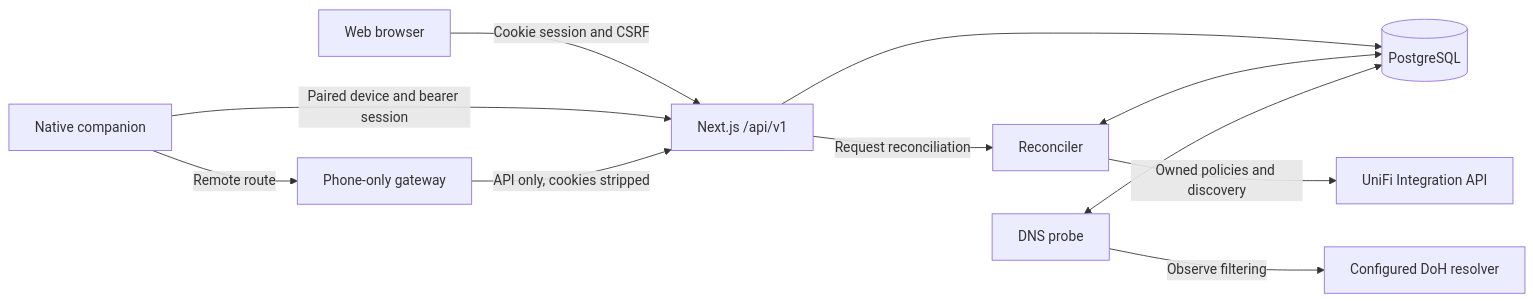
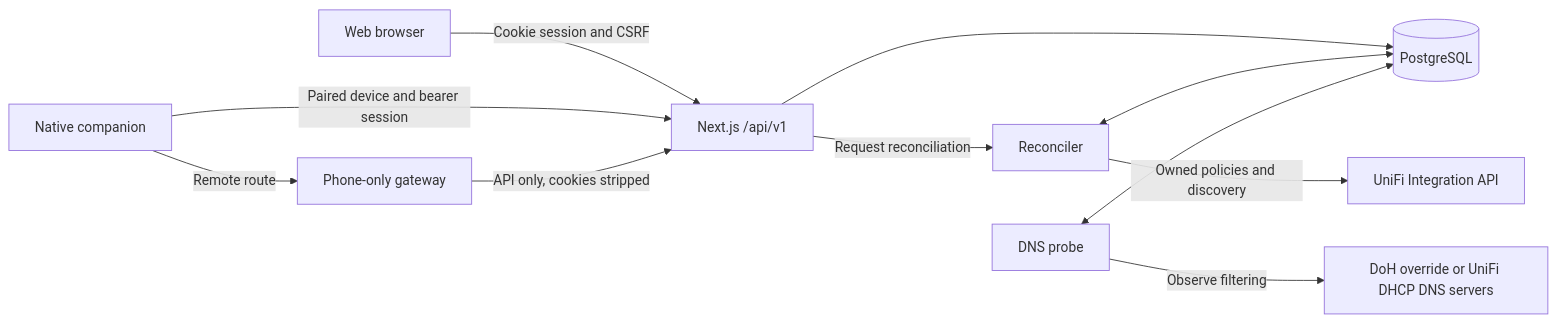
The diagram in docs/architecture.md (nickberardi/familyfi), drawn with Mermaid before and after one commit. The commit also changed other lines of this file and 43 other files, not shown here.

Commit message:
Use UniFi DHCP resolvers for DNS category checks

````diff
--- a/docs/architecture.md
+++ b/docs/architecture.md
@@ -10,13 +10,13 @@
 ```mermaid
 flowchart LR
   Web[Web browser] -->|Cookie session and CSRF| API[Next.js /api/v1]
   Native[Native companion] -->|Paired device and bearer session| API
   Native -->|Remote route| Gateway[Phone-only gateway]
   Gateway -->|API only, cookies stripped| API
   API --> DB[(PostgreSQL)]
   API -->|Request reconciliation| Reconcile[Reconciler]
   Reconcile <--> DB
   Reconcile -->|Owned policies and discovery| UniFi[UniFi Integration API]
   Probe[DNS probe] <--> DB
-  Probe -->|Observe filtering| DoH[Configured DoH resolver]
+  Probe -->|Observe filtering| DoH[DoH override or UniFi DHCP DNS servers]
 ```
````
